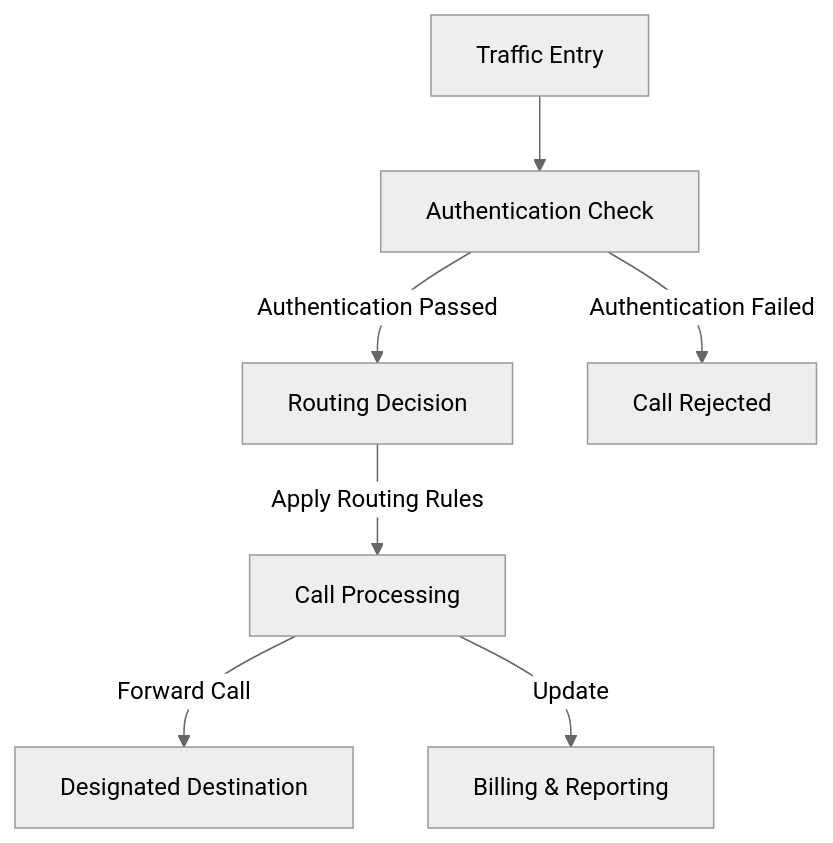
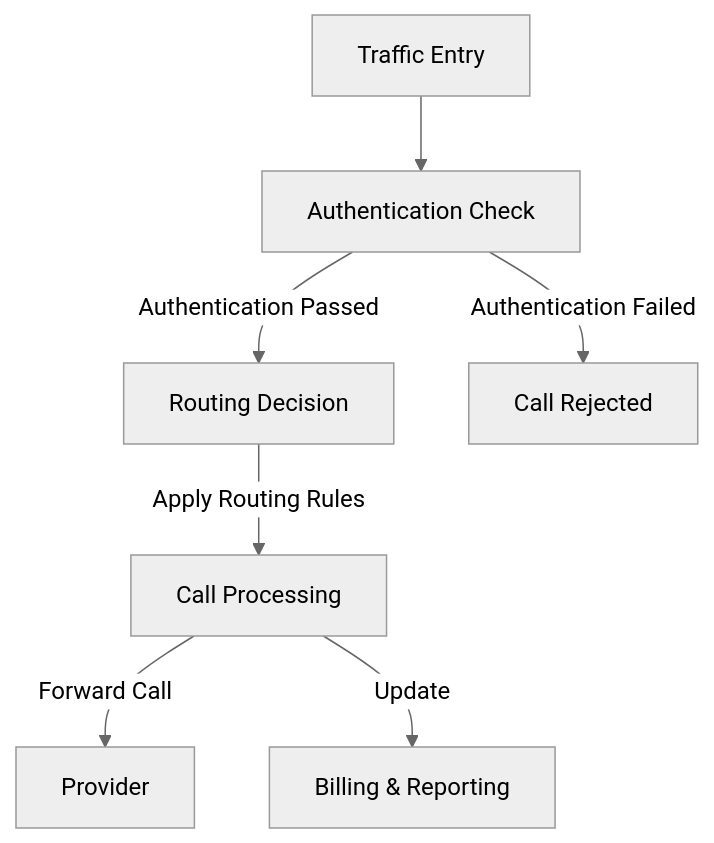
One commit to connexcs/docs changed the second of 6 diagrams in docs/customer/routing.md. Above: the diagram before and after it, drawn with Mermaid (neutral theme). The commit also changed other lines of this file, not shown here.

````diff
--- a/docs/customer/routing.md
+++ b/docs/customer/routing.md
@@ -63,12 +47,12 @@
 ```mermaid
 graph TD
   A[Traffic Entry] --> B[Authentication Check]
   
   B -- Authentication Passed --> C[Routing Decision]
   B -- Authentication Failed --> D[Call Rejected]
   
   C -- Apply Routing Rules --> E[Call Processing]
   
-  E -- Forward Call --> F[Designated Destination]
+  E -- Forward Call --> F[Provider]
   E -- Update --> G[Billing & Reporting]
 ```
````
